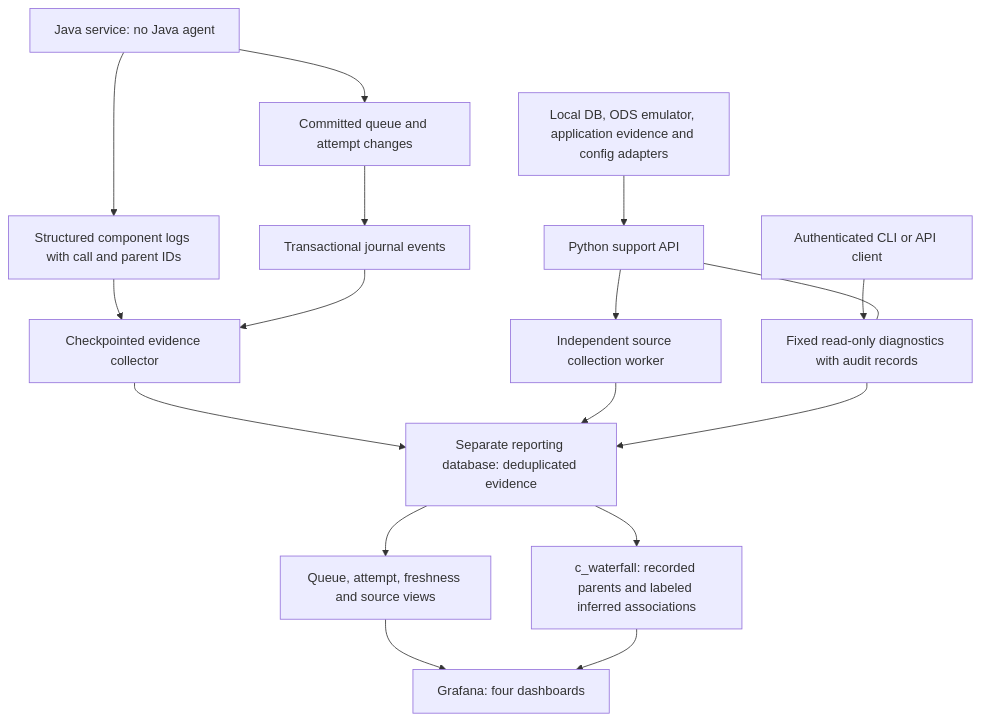
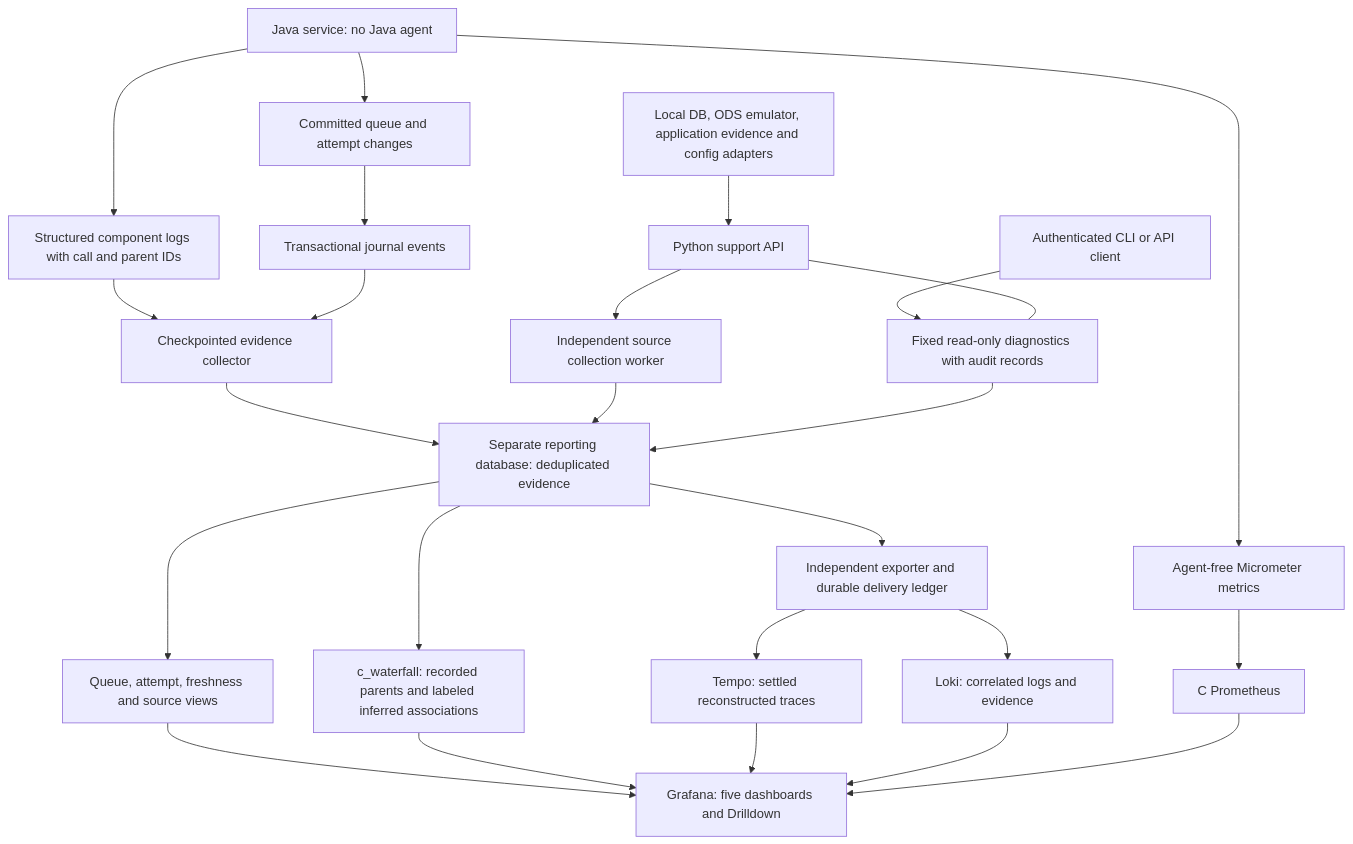
One commit to usharma123/CIT changed the second of 2 diagrams in report.md. Above: the diagram before and after it, drawn with Mermaid. The commit also changed other lines of this file and 47 other files, not shown here.

First line of the commit message:
feat: Approach C business process views and horizontal process timeline

````diff
--- a/report.md
+++ b/report.md
@@ -187,19 +197,27 @@
 ```mermaid
 flowchart TD
     J["Java service: no Java agent"] --> L["Structured component logs with call and parent IDs"]
     J --> Q["Committed queue and attempt changes"]
     Q --> E["Transactional journal events"]
     L --> C["Checkpointed evidence collector"]
     E --> C
     C --> R["Separate reporting database: deduplicated evidence"]
     S["Local DB, ODS emulator, application evidence and config adapters"] --> B["Python support API"]
     B --> W["Independent source collection worker"]
     W --> R
     U["Authenticated CLI or API client"] --> D["Fixed read-only diagnostics with audit records"]
     B --- D
     D --> R
     R --> V["Queue, attempt, freshness and source views"]
     R --> F["c_waterfall: recorded parents and labeled inferred associations"]
-    V --> G["Grafana: four dashboards"]
+    V --> G["Grafana: five dashboards and Drilldown"]
     F --> G
+    R --> X["Independent exporter and durable delivery ledger"]
+    X --> T["Tempo: settled reconstructed traces"]
+    X --> K["Loki: correlated logs and evidence"]
+    J --> M["Agent-free Micrometer metrics"]
+    M --> P["C Prometheus"]
+    T --> G
+    K --> G
+    P --> G
 ```
````
